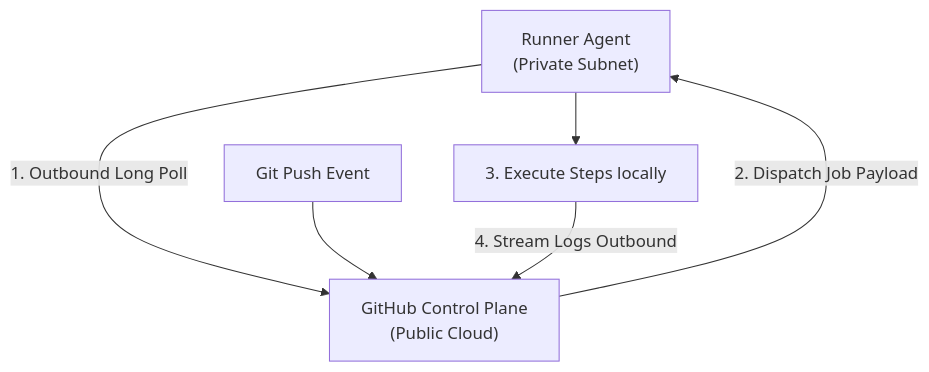
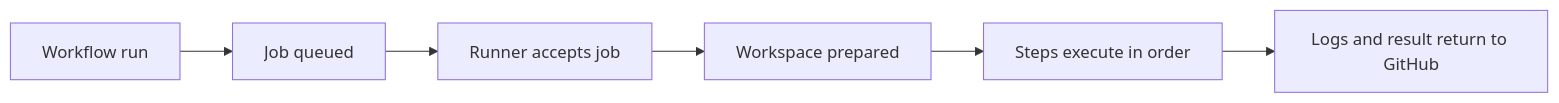
The diagram in cicd/github-actions/02-runners-and-execution.md (senlinyy/dev-roadmaps), drawn with Mermaid before and after one commit. The commit also changed other lines of this file and 610 other files, not shown here.

````diff
--- a/cicd/github-actions/02-runners-and-execution.md
+++ b/cicd/github-actions/02-runners-and-execution.md
@@ -43,8 +47,8 @@
 ```mermaid
-flowchart TD
-    Runner["Runner Agent<br/>(Private Subnet)"] -- "1. Outbound Long Poll" --> GitHub["GitHub Control Plane<br/>(Public Cloud)"]
-    Event["Git Push Event"] --> GitHub
-    GitHub -- "2. Dispatch Job Payload" --> Runner
-    Runner --> Run["3. Execute Steps locally"]
-    Run -- "4. Stream Logs Outbound" --> GitHub
+flowchart LR
+    Event["Workflow run"] --> Queue["Job queued"]
+    Queue --> Runner["Runner accepts job"]
+    Runner --> Workspace["Workspace prepared"]
+    Workspace --> Steps["Steps execute in order"]
+    Steps --> Result["Logs and result return to GitHub"]
 ```
````
